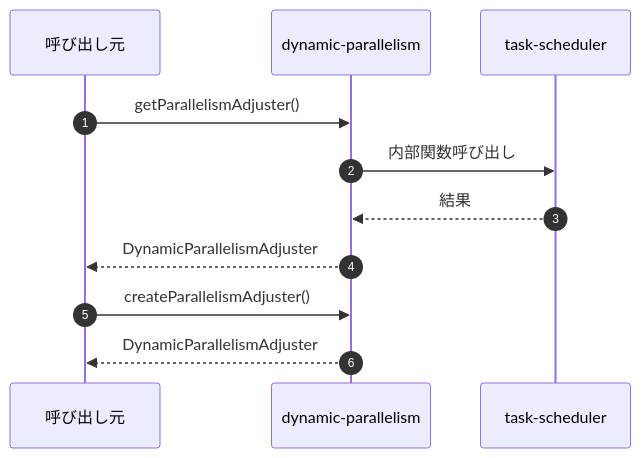
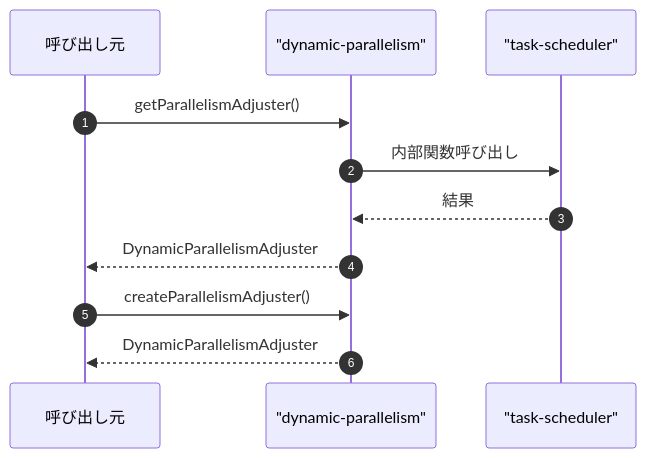
One commit to Mekann2904/mekann changed the fourth of 4 diagrams in ABDD/.pi/lib/dynamic-parallelism.md. Above: the diagram before and after it, drawn with Mermaid. The commit also changed other lines of this file and 152 other files, not shown here.

First line of the commit message:
fix: Mermaid図のラベル内の特殊文字をエスケープする

````diff
--- a/ABDD/.pi/lib/dynamic-parallelism.md
+++ b/ABDD/.pi/lib/dynamic-parallelism.md
@@ -130,15 +130,15 @@
 ```mermaid
 sequenceDiagram
   autonumber
   participant Caller as 呼び出し元
-  participant dynamic_parallelism as dynamic-parallelism
-  participant task_scheduler as task-scheduler
+  participant dynamic_parallelism as "dynamic-parallelism"
+  participant task_scheduler as "task-scheduler"
 
   Caller->>dynamic_parallelism: getParallelismAdjuster()
   dynamic_parallelism->>task_scheduler: 内部関数呼び出し
   task_scheduler-->>dynamic_parallelism: 結果
   dynamic_parallelism-->>Caller: DynamicParallelismAdjuster
 
   Caller->>dynamic_parallelism: createParallelismAdjuster()
   dynamic_parallelism-->>Caller: DynamicParallelismAdjuster
 ```
````
